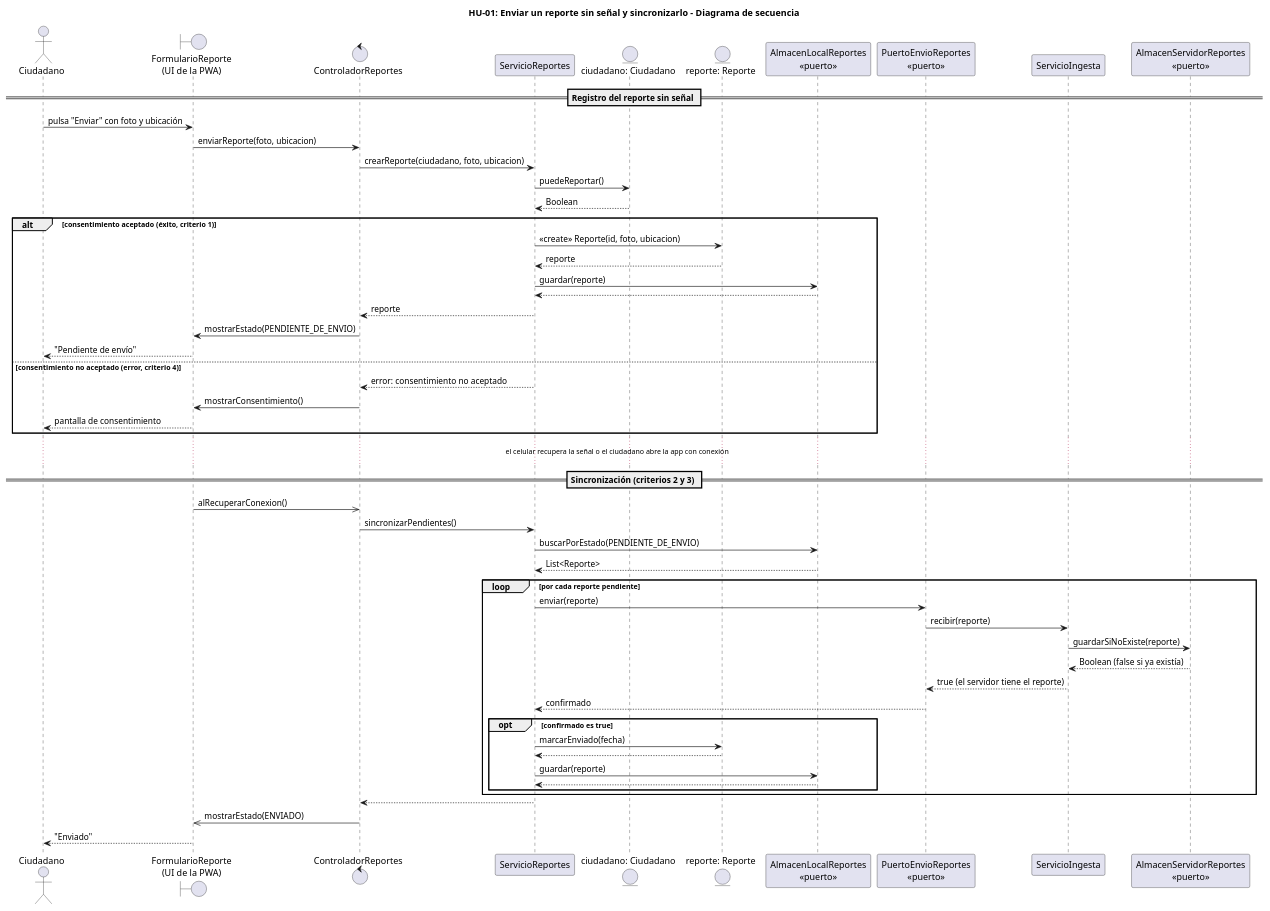
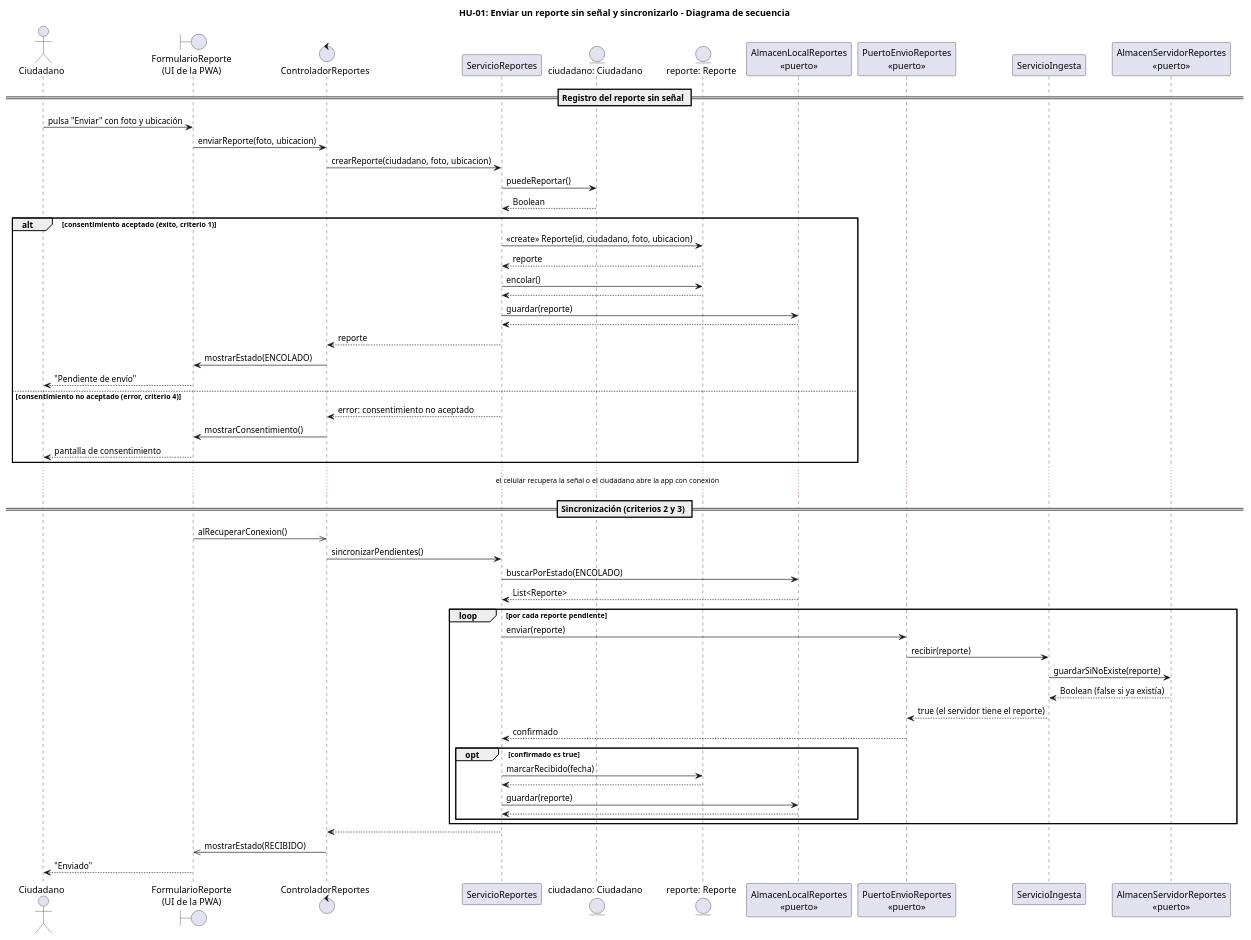
The diagram in docs/design/secuencia-reporte.puml (DavidOliva06/cs-2026b-lab04-grupo06), drawn with PlantUML before and after one commit. The commit also changed 13 other files, not shown here.

```diff
--- a/docs/design/secuencia-reporte.puml
+++ b/docs/design/secuencia-reporte.puml
@@ -1,65 +1,70 @@
 @startuml
 title HU-01: Enviar un reporte sin señal y sincronizarlo - Diagrama de secuencia
+
+' Corregido según consistencia.md (C1 y C5): cada mensaje es una operación de la clase
+' receptora en clases.puml y los estados usan los valores de EstadoReporte.
 
 actor "Ciudadano" as ACT
 boundary "FormularioReporte\n(UI de la PWA)" as UI
 control "ControladorReportes" as CTRL
 participant "ServicioReportes" as SVC
 entity "ciudadano: Ciudadano" as CIU
 entity "reporte: Reporte" as REP
 participant "AlmacenLocalReportes\n<<puerto>>" as LOCAL
 participant "PuertoEnvioReportes\n<<puerto>>" as ENVIO
 participant "ServicioIngesta" as ING
 participant "AlmacenServidorReportes\n<<puerto>>" as SERV
 
 == Registro del reporte sin señal ==
 
 ACT -> UI: pulsa "Enviar" con foto y ubicación
 UI -> CTRL: enviarReporte(foto, ubicacion)
 CTRL -> SVC: crearReporte(ciudadano, foto, ubicacion)
 SVC -> CIU: puedeReportar()
 CIU --> SVC: Boolean
 
 alt consentimiento aceptado (éxito, criterio 1)
-  SVC -> REP: <<create>> Reporte(id, foto, ubicacion)
+  SVC -> REP: <<create>> Reporte(id, ciudadano, foto, ubicacion)
   REP --> SVC: reporte
+  SVC -> REP: encolar()
+  REP --> SVC
   SVC -> LOCAL: guardar(reporte)
   LOCAL --> SVC
   SVC --> CTRL: reporte
-  CTRL -> UI: mostrarEstado(PENDIENTE_DE_ENVIO)
+  CTRL -> UI: mostrarEstado(ENCOLADO)
   UI --> ACT: "Pendiente de envío"
 else consentimiento no aceptado (error, criterio 4)
   SVC --> CTRL: error: consentimiento no aceptado
   CTRL -> UI: mostrarConsentimiento()
   UI --> ACT: pantalla de consentimiento
 end
 
 ... el celular recupera la señal o el ciudadano abre la app con conexión ...
 
 == Sincronización (criterios 2 y 3) ==
 
 UI ->> CTRL: alRecuperarConexion()
 CTRL -> SVC: sincronizarPendientes()
-SVC -> LOCAL: buscarPorEstado(PENDIENTE_DE_ENVIO)
+SVC -> LOCAL: buscarPorEstado(ENCOLADO)
 LOCAL --> SVC: List<Reporte>
 
 loop por cada reporte pendiente
   SVC -> ENVIO: enviar(reporte)
   ENVIO -> ING: recibir(reporte)
   ING -> SERV: guardarSiNoExiste(reporte)
   SERV --> ING: Boolean (false si ya existía)
   ING --> ENVIO: true (el servidor tiene el reporte)
   ENVIO --> SVC: confirmado
 
   opt confirmado es true
-    SVC -> REP: marcarEnviado(fecha)
+    SVC -> REP: marcarRecibido(fecha)
     REP --> SVC
     SVC -> LOCAL: guardar(reporte)
     LOCAL --> SVC
   end
 end
 
 SVC --> CTRL
-CTRL ->> UI: mostrarEstado(ENVIADO)
+CTRL ->> UI: mostrarEstado(RECIBIDO)
 UI --> ACT: "Enviado"
 @enduml
```
